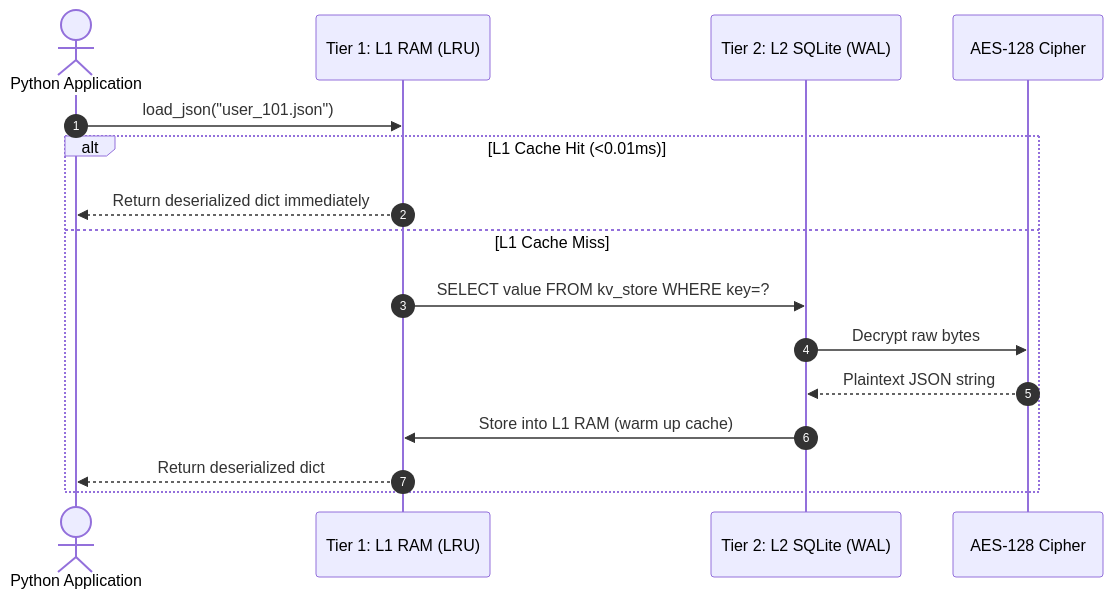
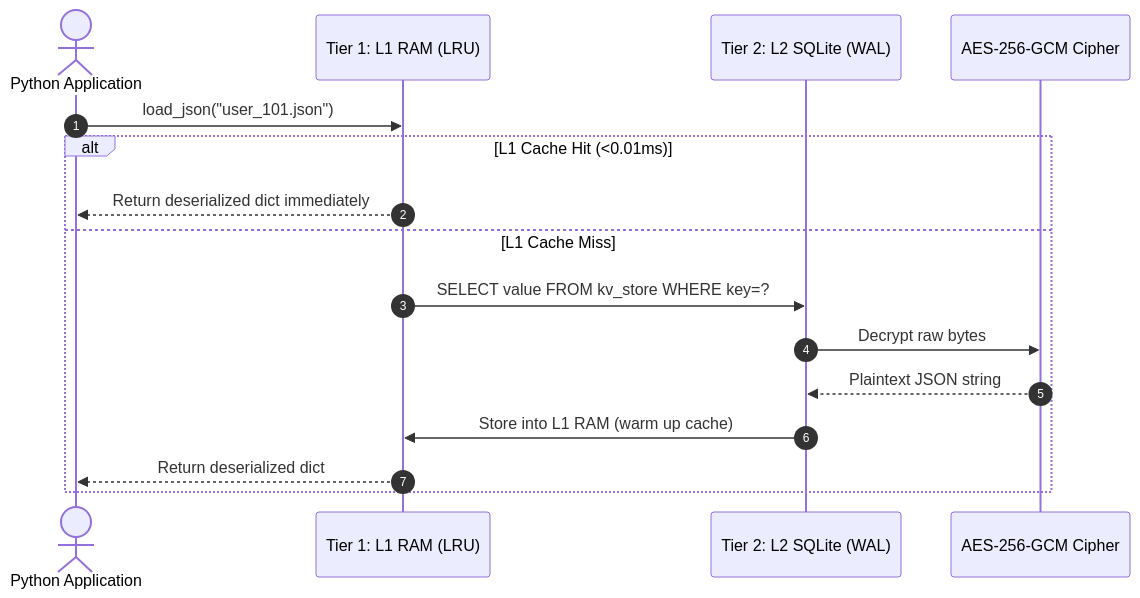
One commit to Yannis-A-D/encrypted_sqlite_system changed the first of 2 diagrams in README.md. Above: the diagram before and after it, drawn with Mermaid. The commit also changed other lines of this file and 5 other files, not shown here.

Commit message:
feat: upgrade encryption engine to true AES-256-GCM authenticated encryption

````diff
--- a/README.md
+++ b/README.md
@@ -84,19 +84,19 @@
 ```mermaid
 sequenceDiagram
     autonumber
     actor App as Python Application
     participant L1 as Tier 1: L1 RAM (LRU)
     participant L2 as Tier 2: L2 SQLite (WAL)
-    participant Cipher as AES-128 Cipher
+    participant Cipher as AES-256-GCM Cipher
 
     App->>L1: load_json("user_101.json")
     alt L1 Cache Hit (<0.01ms)
         L1-->>App: Return deserialized dict immediately
     else L1 Cache Miss
         L1->>L2: SELECT value FROM kv_store WHERE key=?
         L2->>Cipher: Decrypt raw bytes
         Cipher-->>L2: Plaintext JSON string
         L2->>L1: Store into L1 RAM (warm up cache)
         L1-->>App: Return deserialized dict
     end
 ```
````
